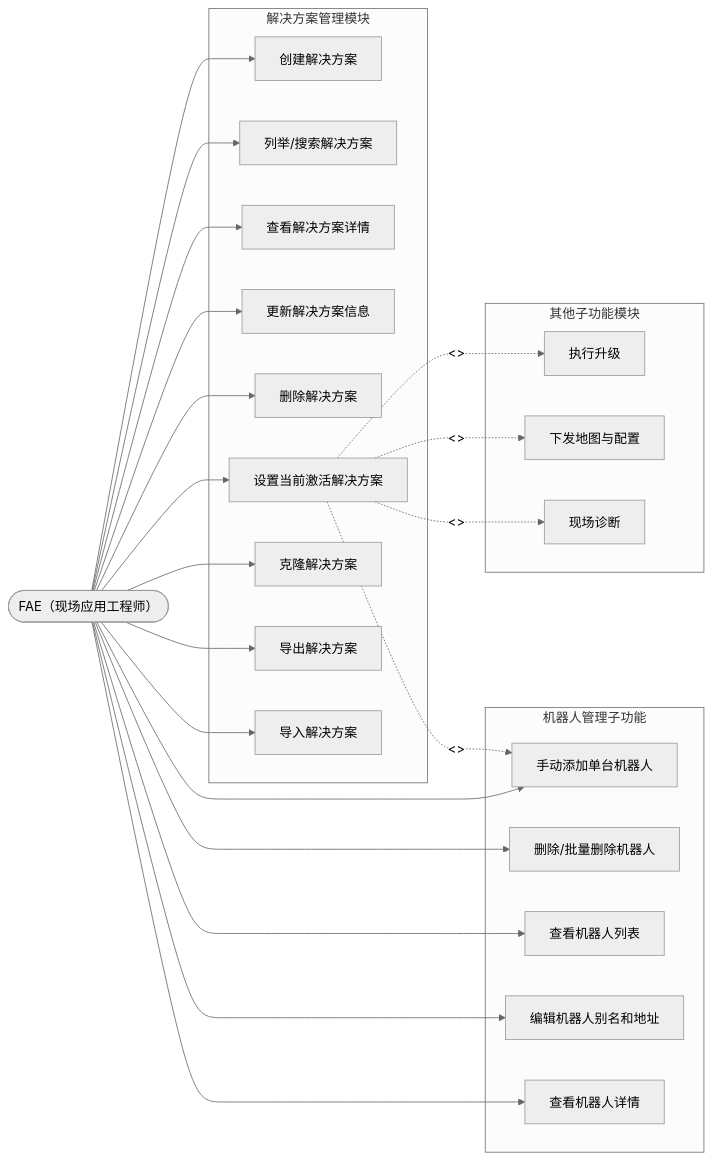
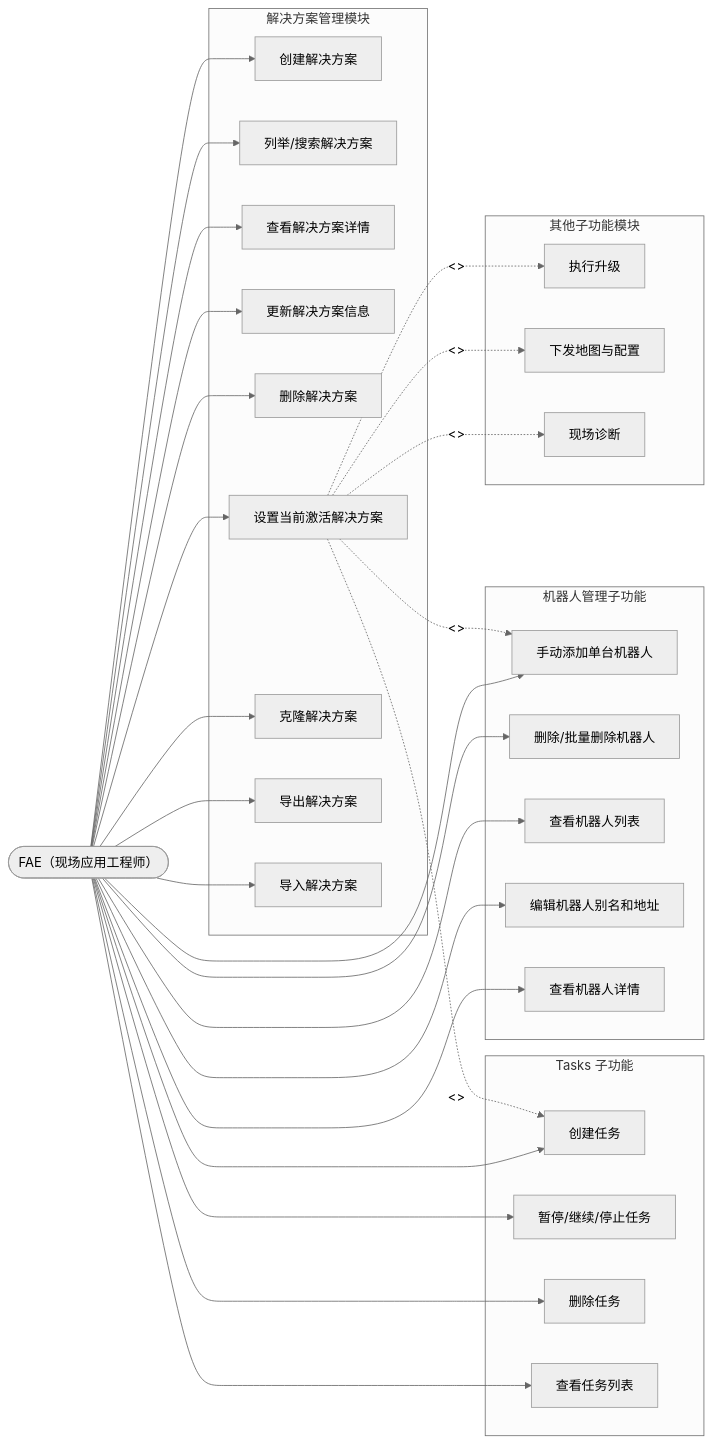
Before and after one commit to etrita005/syrius-robotops: the diagram in documents/requirements/solution_management_requirements.md, drawn with Mermaid (neutral theme). The commit also changed other lines of this file and 7 other files, not shown here.

````diff
--- a/documents/requirements/solution_management_requirements.md
+++ b/documents/requirements/solution_management_requirements.md
@@ -458,56 +569,69 @@
 ```mermaid
 graph LR
     %% 参与者
     FAE(["FAE（现场应用工程师）"])
 
     %% 解决方案管理模块用例
     subgraph 解决方案管理模块
         UC1[创建解决方案]
         UC2[列举/搜索解决方案]
         UC3[查看解决方案详情]
         UC4[更新解决方案信息]
         UC5[删除解决方案]
         UC6[设置当前激活解决方案]
         UC7[克隆解决方案]
         UC8[导出解决方案]
         UC9[导入解决方案]
     end
 
     %% 机器人管理子功能用例
     subgraph 机器人管理子功能
         UC10[手动添加单台机器人]
         UC11[删除/批量删除机器人]
         UC12[查看机器人列表]
         UC13[编辑机器人别名和地址]
         UC14[查看机器人详情]
     end
 
+    %% Tasks 子功能用例
+    subgraph Tasks 子功能
+        UC15[创建任务]
+        UC15a[暂停/继续/停止任务]
+        UC15b[删除任务]
+        UC15c[查看任务列表]
+    end
+
     %% 其他子功能用例
     subgraph 其他子功能模块
         UC16[执行升级]
         UC17[下发地图与配置]
         UC18[现场诊断]
     end
 
     %% FAE 与用例关联
     FAE --> UC1
     FAE --> UC2
     FAE --> UC3
     FAE --> UC4
     FAE --> UC5
     FAE --> UC6
     FAE --> UC7
     FAE --> UC8
     FAE --> UC9
     FAE --> UC10
     FAE --> UC11
     FAE --> UC12
     FAE --> UC13
     FAE --> UC14
+    FAE --> UC15
+    FAE --> UC15a
+    FAE --> UC15b
+    FAE --> UC15c
 
     %% include 关系
     UC6 -.->|<<include>>| UC10
+    UC6 -.->|<<include>>| UC15
     UC6 -.->|<<include>>| UC16
     UC6 -.->|<<include>>| UC17
     UC6 -.->|<<include>>| UC18
 ```
````
